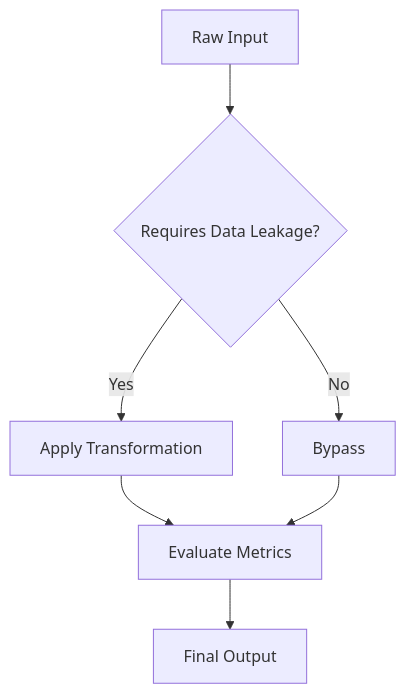
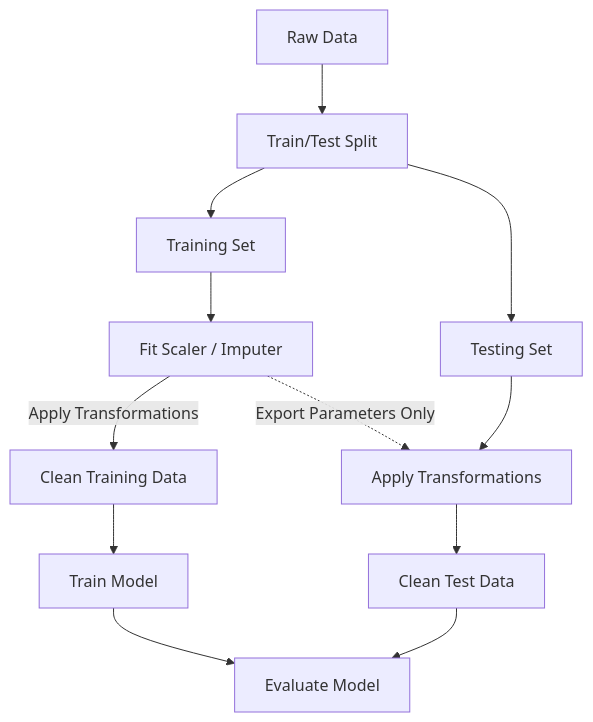
Before and after one commit to bpp-sot/l6ds-m9-machine-learning: the diagram in docs/topic-1-data-preparation/explanation/data-leakage.md, drawn with Mermaid. The commit also changed other lines of this file and 46 other files, not shown here.

````diff
--- a/docs/topic-1-data-preparation/explanation/data-leakage.md
+++ b/docs/topic-1-data-preparation/explanation/data-leakage.md
@@ -19,9 +51,19 @@
 ```mermaid
 graph TD
-    A[Raw Input] --> B{Requires Data Leakage?}
-    B -->|Yes| C[Apply Transformation]
-    B -->|No| D[Bypass]
-    C --> E[Evaluate Metrics]
-    D --> E
-    E --> F[Final Output]
+    A[Raw Data] --> B[Train/Test Split]
+    
+    B --> C[Training Set]
+    B --> D[Testing Set]
+    
+    C --> E[Fit Scaler / Imputer]
+    
+    E -->|Apply Transformations| F[Clean Training Data]
+    E -.->|Export Parameters Only| G[Apply Transformations]
+    
+    D --> G
+    G --> H[Clean Test Data]
+    
+    F --> I[Train Model]
+    H --> J[Evaluate Model]
+    I --> J
 ```
````
